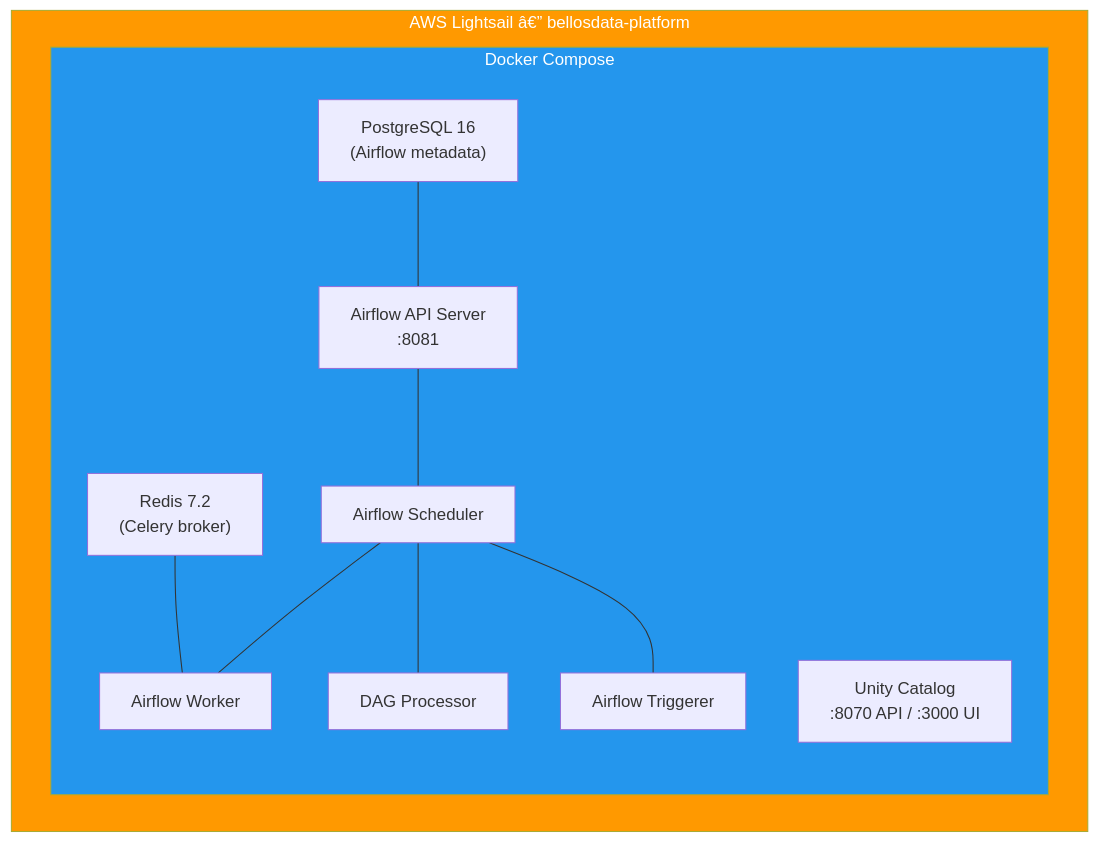
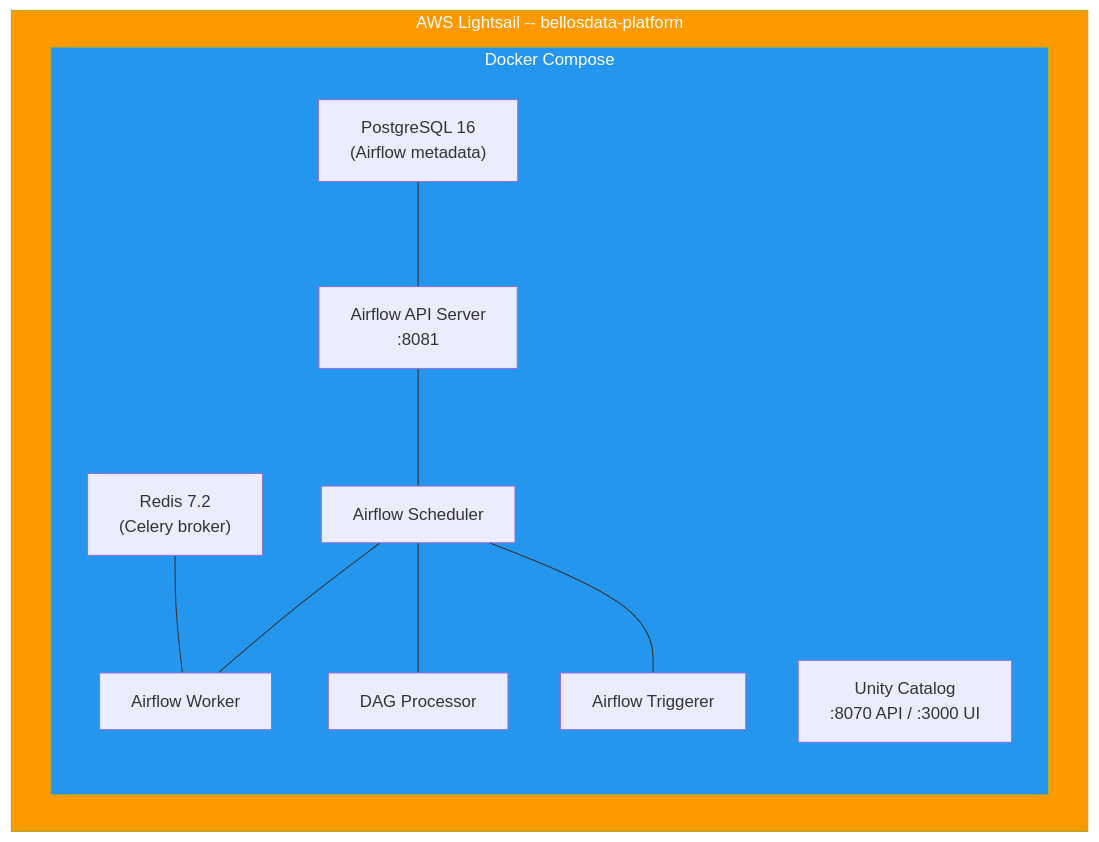
The third of 3 diagrams in README.md (TimiOlayinka/bellosdata-lakehouse), drawn with Mermaid before and after one commit. The commit also changed other lines of this file, not shown here.

````diff
--- a/README.md
+++ b/README.md
@@ -298,25 +298,25 @@
 ```mermaid
 flowchart TB
-    subgraph LIGHTSAIL["AWS Lightsail â€” bellosdata-platform"]
+    subgraph LIGHTSAIL["AWS Lightsail -- bellosdata-platform"]
         subgraph DOCKER["Docker Compose"]
             PG["PostgreSQL 16\n(Airflow metadata)"]
             RD["Redis 7.2\n(Celery broker)"]
             API["Airflow API Server\n:8081"]
             SCH["Airflow Scheduler"]
             WRK["Airflow Worker"]
             TRG["Airflow Triggerer"]
             DAG["DAG Processor"]
             UC["Unity Catalog\n:8070 API / :3000 UI"]
         end
     end
 
     PG --- API
     RD --- WRK
     API --- SCH
     SCH --- WRK
     SCH --- DAG
     SCH --- TRG
 
     style LIGHTSAIL fill:#FF9900,color:#fff
     style DOCKER fill:#2496ED,color:#fff
 ```
````
